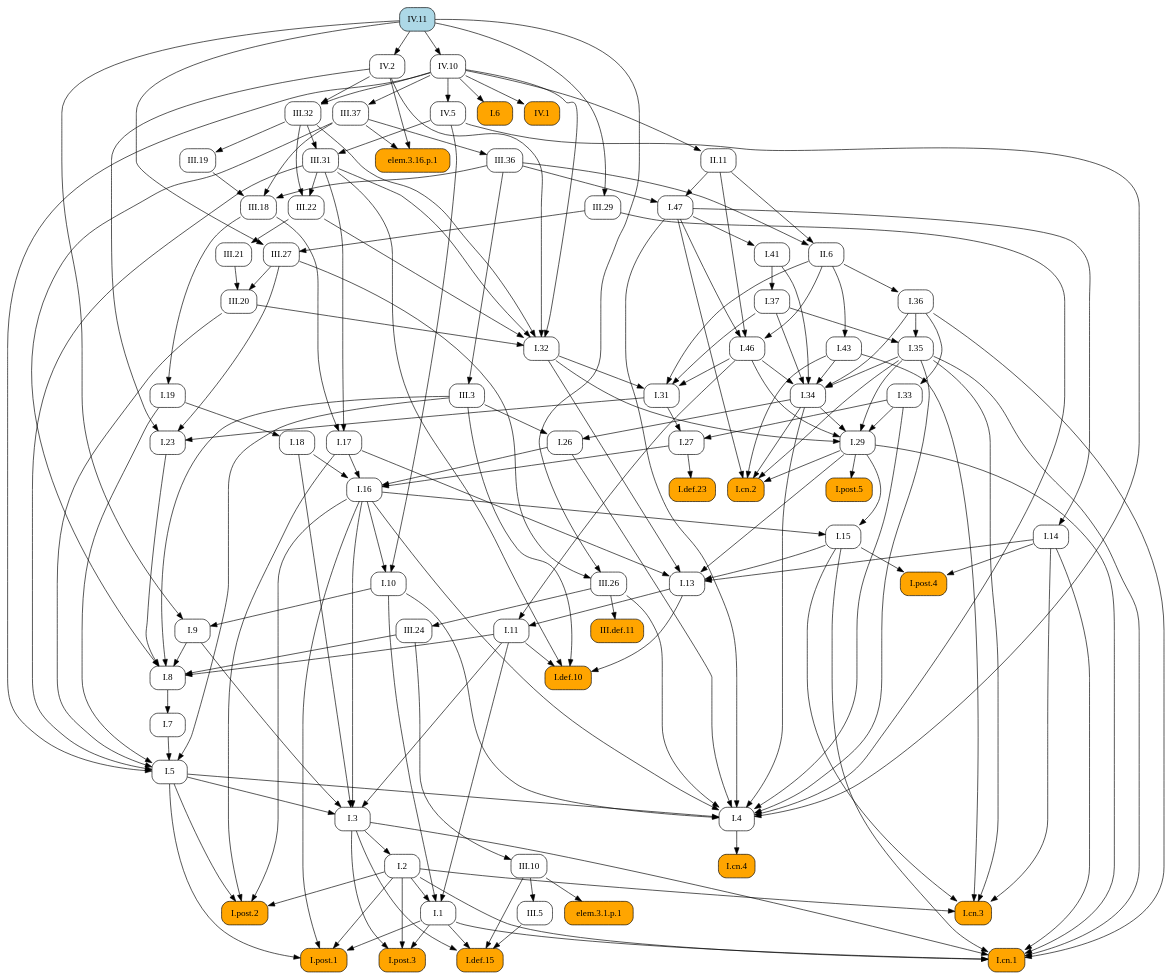
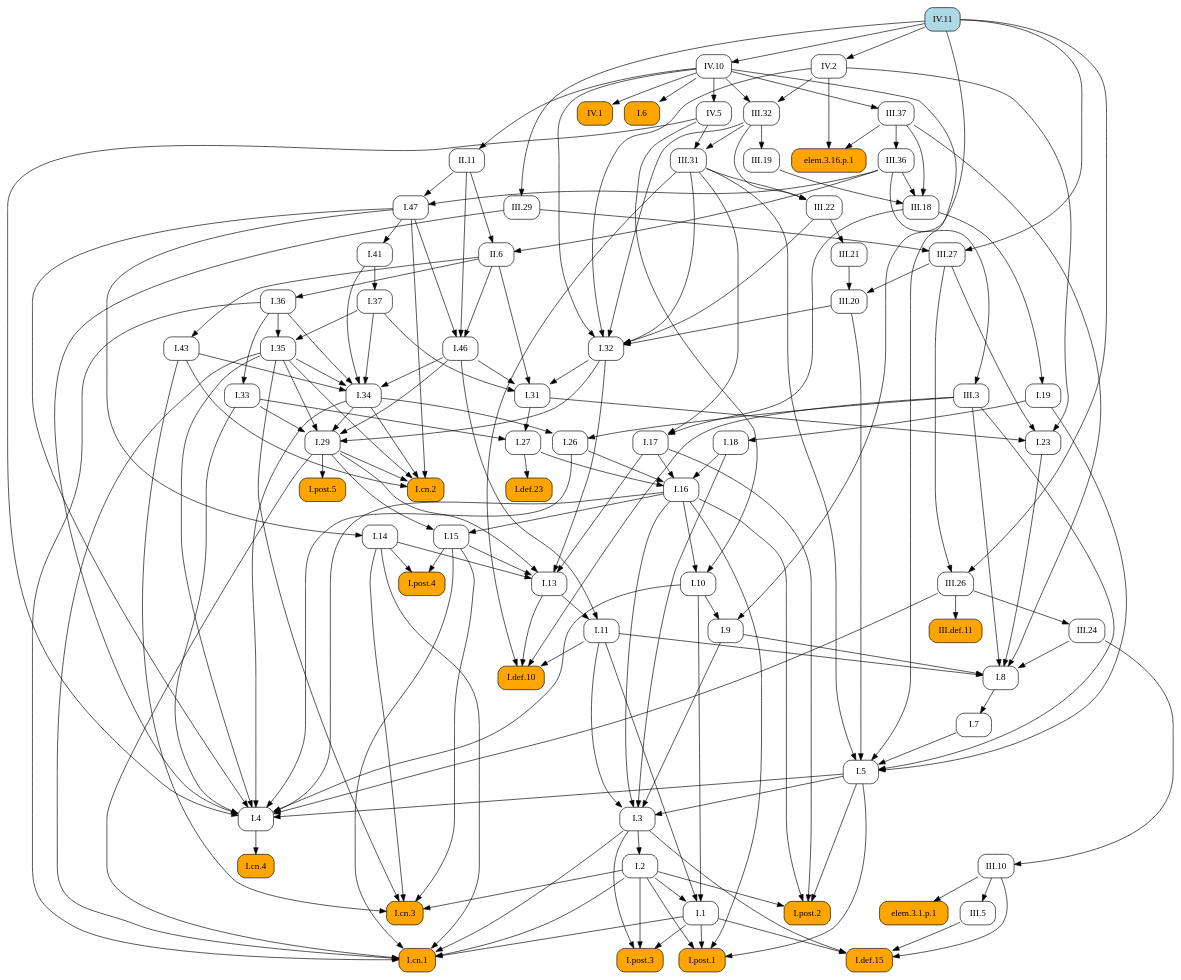
One commit to geometor/elements changed the diagram in docsrc/heath/IV/11/index.rst. Above: the diagram before and after it, drawn with Graphviz. The commit also changed other lines of this file and 1029 other files, not shown here.

```diff
--- a/docsrc/heath/IV/11/index.rst
+++ b/docsrc/heath/IV/11/index.rst
@@ -79,139 +79,206 @@
    digraph {
      rankdir="TB";
      node [shape=box, style=rounded];
+     "I.def.10" [style="rounded,filled", fillcolor=orange, URL="/heath/I/def.10/", target="_top"];
+     "I.11" [URL="/heath/I/11/", target="_top"];
+     "I.post.4" [style="rounded,filled", fillcolor=orange, URL="/heath/I/post.4/", target="_top"];
+     "I.1" [URL="/heath/I/1/", target="_top"];
+     "III.20" [URL="/heath/III/20/", target="_top"];
+     "III.31" [URL="/heath/III/31/", target="_top"];
+     "I.47" [URL="/heath/I/47/", target="_top"];
+     "III.def.11" [style="rounded,filled", fillcolor=orange, URL="/heath/III/def.11/", target="_top"];
+     "I.post.3" [style="rounded,filled", fillcolor=orange, URL="/heath/I/post.3/", target="_top"];
+     "I.cn.3" [style="rounded,filled", fillcolor=orange, URL="/heath/I/cn.3/", target="_top"];
+     "III.36" [URL="/heath/III/36/", target="_top"];
+     "I.14" [URL="/heath/I/14/", target="_top"];
+     "elem.3.16.p.1" [style="rounded,filled", fillcolor=orange];
+     "III.29" [URL="/heath/III/29/", target="_top"];
+     "I.41" [URL="/heath/I/41/", target="_top"];
+     "I.27" [URL="/heath/I/27/", target="_top"];
+     "I.36" [URL="/heath/I/36/", target="_top"];
+     "I.37" [URL="/heath/I/37/", target="_top"];
+     "I.34" [URL="/heath/I/34/", target="_top"];
+     "I.2" [URL="/heath/I/2/", target="_top"];
+     "I.def.23" [style="rounded,filled", fillcolor=orange, URL="/heath/I/def.23/", target="_top"];
+     "IV.1" [style="rounded,filled", fillcolor=orange, URL="/heath/IV/1/", target="_top"];
+     "I.17" [URL="/heath/I/17/", target="_top"];
+     "I.33" [URL="/heath/I/33/", target="_top"];
+     "I.post.2" [style="rounded,filled", fillcolor=orange, URL="/heath/I/post.2/", target="_top"];
+     "II.11" [URL="/heath/II/11/", target="_top"];
+     "I.9" [URL="/heath/I/9/", target="_top"];
+     "III.3" [URL="/heath/III/3/", target="_top"];
+     "I.32" [URL="/heath/I/32/", target="_top"];
+     "III.37" [URL="/heath/III/37/", target="_top"];
+     "I.cn.4" [style="rounded,filled", fillcolor=orange, URL="/heath/I/cn.4/", target="_top"];
+     "I.15" [URL="/heath/I/15/", target="_top"];
+     "III.22" [URL="/heath/III/22/", target="_top"];
+     "IV.11" [style="rounded,filled", fillcolor=lightblue, URL="/heath/IV/11/", target="_top"];
+     "I.5" [URL="/heath/I/5/", target="_top"];
+     "III.5" [URL="/heath/III/5/", target="_top"];
+     "I.26" [URL="/heath/I/26/", target="_top"];
+     "III.32" [URL="/heath/III/32/", target="_top"];
+     "III.26" [URL="/heath/III/26/", target="_top"];
+     "IV.2" [URL="/heath/IV/2/", target="_top"];
+     "I.29" [URL="/heath/I/29/", target="_top"];
+     "elem.3.1.p.1" [style="rounded,filled", fillcolor=orange];
+     "III.19" [URL="/heath/III/19/", target="_top"];
+     "I.cn.2" [style="rounded,filled", fillcolor=orange, URL="/heath/I/cn.2/", target="_top"];
+     "I.18" [URL="/heath/I/18/", target="_top"];
+     "I.def.15" [style="rounded,filled", fillcolor=orange, URL="/heath/I/def.15/", target="_top"];
+     "I.cn.1" [style="rounded,filled", fillcolor=orange, URL="/heath/I/cn.1/", target="_top"];
+     "I.23" [URL="/heath/I/23/", target="_top"];
+     "IV.10" [URL="/heath/IV/10/", target="_top"];
+     "I.43" [URL="/heath/I/43/", target="_top"];
+     "I.post.1" [style="rounded,filled", fillcolor=orange, URL="/heath/I/post.1/", target="_top"];
+     "III.24" [URL="/heath/III/24/", target="_top"];
+     "I.35" [URL="/heath/I/35/", target="_top"];
+     "I.46" [URL="/heath/I/46/", target="_top"];
+     "I.7" [URL="/heath/I/7/", target="_top"];
+     "I.6" [style="rounded,filled", fillcolor=orange, URL="/heath/I/6/", target="_top"];
+     "I.3" [URL="/heath/I/3/", target="_top"];
+     "I.4" [URL="/heath/I/4/", target="_top"];
+     "II.6" [URL="/heath/II/6/", target="_top"];
+     "I.13" [URL="/heath/I/13/", target="_top"];
+     "I.31" [URL="/heath/I/31/", target="_top"];
+     "I.16" [URL="/heath/I/16/", target="_top"];
+     "III.10" [URL="/heath/III/10/", target="_top"];
      "IV.5" [URL="/heath/IV/5/", target="_top"];
-     "III.22" [URL="/heath/III/22/", target="_top"];
-     "II.11" [URL="/heath/II/11/", target="_top"];
-     "I.7" [URL="/heath/I/7/", target="_top"];
-     "I.29" [URL="/heath/I/29/", target="_top"];
-     "I.27" [URL="/heath/I/27/", target="_top"];
-     "IV.10" [URL="/heath/IV/10/", target="_top"];
-     "I.def.23" [style="rounded,filled", fillcolor=orange, URL="/heath/I/def.23/", target="_top"];
-     "I.34" [URL="/heath/I/34/", target="_top"];
+     "I.19" [URL="/heath/I/19/", target="_top"];
+     "III.27" [URL="/heath/III/27/", target="_top"];
      "I.8" [URL="/heath/I/8/", target="_top"];
-     "I.9" [URL="/heath/I/9/", target="_top"];
-     "III.10" [URL="/heath/III/10/", target="_top"];
-     "III.20" [URL="/heath/III/20/", target="_top"];
-     "I.post.4" [style="rounded,filled", fillcolor=orange, URL="/heath/I/post.4/", target="_top"];
-     "I.2" [URL="/heath/I/2/", target="_top"];
-     "III.27" [URL="/heath/III/27/", target="_top"];
+     "III.21" [URL="/heath/III/21/", target="_top"];
+     "I.post.5" [style="rounded,filled", fillcolor=orange, URL="/heath/I/post.5/", target="_top"];
+     "I.10" [URL="/heath/I/10/", target="_top"];
      "III.18" [URL="/heath/III/18/", target="_top"];
-     "III.19" [URL="/heath/III/19/", target="_top"];
-     "I.cn.4" [style="rounded,filled", fillcolor=orange, URL="/heath/I/cn.4/", target="_top"];
-     "elem.3.16.p.1" [style="rounded,filled", fillcolor=orange];
-     "I.23" [URL="/heath/I/23/", target="_top"];
-     "I.13" [URL="/heath/I/13/", target="_top"];
-     "III.31" [URL="/heath/III/31/", target="_top"];
-     "I.5" [URL="/heath/I/5/", target="_top"];
-     "III.21" [URL="/heath/III/21/", target="_top"];
-     "I.11" [URL="/heath/I/11/", target="_top"];
-     "I.4" [URL="/heath/I/4/", target="_top"];
-     "I.def.10" [style="rounded,filled", fillcolor=orange, URL="/heath/I/def.10/", target="_top"];
-     "I.43" [URL="/heath/I/43/", target="_top"];
-     "I.46" [URL="/heath/I/46/", target="_top"];
-     "III.32" [URL="/heath/III/32/", target="_top"];
-     "III.24" [URL="/heath/III/24/", target="_top"];
-     "I.post.3" [style="rounded,filled", fillcolor=orange, URL="/heath/I/post.3/", target="_top"];
-     "I.36" [URL="/heath/I/36/", target="_top"];
-     "II.6" [URL="/heath/II/6/", target="_top"];
-     "I.15" [URL="/heath/I/15/", target="_top"];
-     "I.17" [URL="/heath/I/17/", target="_top"];
-     "I.32" [URL="/heath/I/32/", target="_top"];
-     "I.18" [URL="/heath/I/18/", target="_top"];
-     "I.41" [URL="/heath/I/41/", target="_top"];
-     "I.cn.3" [style="rounded,filled", fillcolor=orange, URL="/heath/I/cn.3/", target="_top"];
-     "III.def.11" [style="rounded,filled", fillcolor=orange, URL="/heath/III/def.11/", target="_top"];
-     "III.3" [URL="/heath/III/3/", target="_top"];
-     "I.def.15" [style="rounded,filled", fillcolor=orange, URL="/heath/I/def.15/", target="_top"];
-     "I.1" [URL="/heath/I/1/", target="_top"];
-     "III.36" [URL="/heath/III/36/", target="_top"];
-     "I.post.1" [style="rounded,filled", fillcolor=orange, URL="/heath/I/post.1/", target="_top"];
-     "I.26" [URL="/heath/I/26/", target="_top"];
-     "I.33" [URL="/heath/I/33/", target="_top"];
-     "elem.3.1.p.1" [style="rounded,filled", fillcolor=orange];
-     "III.37" [URL="/heath/III/37/", target="_top"];
-     "I.19" [URL="/heath/I/19/", target="_top"];
-     "I.6" [style="rounded,filled", fillcolor=orange, URL="/heath/I/6/", target="_top"];
-     "III.5" [URL="/heath/III/5/", target="_top"];
-     "I.cn.2" [style="rounded,filled", fillcolor=orange, URL="/heath/I/cn.2/", target="_top"];
-     "I.10" [URL="/heath/I/10/", target="_top"];
-     "IV.11" [style="rounded,filled", fillcolor=lightblue, URL="/heath/IV/11/", target="_top"];
-     "I.3" [URL="/heath/I/3/", target="_top"];
-     "I.16" [URL="/heath/I/16/", target="_top"];
-     "III.26" [URL="/heath/III/26/", target="_top"];
-     "I.31" [URL="/heath/I/31/", target="_top"];
-     "III.29" [URL="/heath/III/29/", target="_top"];
-     "IV.2" [URL="/heath/IV/2/", target="_top"];
-     "I.post.2" [style="rounded,filled", fillcolor=orange, URL="/heath/I/post.2/", target="_top"];
-     "IV.1" [style="rounded,filled", fillcolor=orange, URL="/heath/IV/1/", target="_top"];
-     "I.post.5" [style="rounded,filled", fillcolor=orange, URL="/heath/I/post.5/", target="_top"];
-     "I.14" [URL="/heath/I/14/", target="_top"];
-     "I.35" [URL="/heath/I/35/", target="_top"];
-     "I.47" [URL="/heath/I/47/", target="_top"];
-     "I.cn.1" [style="rounded,filled", fillcolor=orange, URL="/heath/I/cn.1/", target="_top"];
-     "I.37" [URL="/heath/I/37/", target="_top"];
-     "IV.10" -> "IV.5";
-     "III.31" -> "III.22";
-     "III.32" -> "III.22";
-     "IV.10" -> "II.11";
-     "I.8" -> "I.7";
-     "I.32" -> "I.29";
-     "I.33" -> "I.29";
-     "I.34" -> "I.29";
-     "I.35" -> "I.29";
-     "I.46" -> "I.29";
+     "I.11" -> "I.def.10";
+     "I.13" -> "I.def.10";
+     "III.3" -> "I.def.10";
+     "III.31" -> "I.def.10";
+     "I.13" -> "I.11";
+     "I.46" -> "I.11";
+     "I.14" -> "I.post.4";
+     "I.15" -> "I.post.4";
+     "I.2" -> "I.1";
+     "I.10" -> "I.1";
+     "I.11" -> "I.1";
+     "III.21" -> "III.20";
+     "III.27" -> "III.20";
+     "III.32" -> "III.31";
+     "IV.5" -> "III.31";
+     "II.11" -> "I.47";
+     "III.36" -> "I.47";
+     "III.26" -> "III.def.11";
+     "I.1" -> "I.post.3";
+     "I.2" -> "I.post.3";
+     "I.3" -> "I.post.3";
+     "I.2" -> "I.cn.3";
+     "I.14" -> "I.cn.3";
+     "I.15" -> "I.cn.3";
+     "I.35" -> "I.cn.3";
+     "I.43" -> "I.cn.3";
+     "III.37" -> "III.36";
+     "I.47" -> "I.14";
+     "III.37" -> "elem.3.16.p.1";
+     "IV.2" -> "elem.3.16.p.1";
+     "IV.11" -> "III.29";
+     "I.47" -> "I.41";
      "I.31" -> "I.27";
      "I.33" -> "I.27";
-     "IV.11" -> "IV.10";
-     "I.27" -> "I.def.23";
+     "II.6" -> "I.36";
+     "I.41" -> "I.37";
      "I.35" -> "I.34";
      "I.36" -> "I.34";
      "I.37" -> "I.34";
      "I.41" -> "I.34";
      "I.43" -> "I.34";
      "I.46" -> "I.34";
-     "I.9" -> "I.8";
-     "I.11" -> "I.8";
-     "I.23" -> "I.8";
-     "III.3" -> "I.8";
-     "III.24" -> "I.8";
-     "III.37" -> "I.8";
+     "I.3" -> "I.2";
+     "I.27" -> "I.def.23";
+     "IV.10" -> "IV.1";
+     "III.18" -> "I.17";
+     "III.31" -> "I.17";
+     "I.36" -> "I.33";
+     "I.2" -> "I.post.2";
+     "I.5" -> "I.post.2";
+     "I.16" -> "I.post.2";
+     "I.17" -> "I.post.2";
+     "IV.10" -> "II.11";
      "I.10" -> "I.9";
      "IV.11" -> "I.9";
-     "III.24" -> "III.10";
-     "III.21" -> "III.20";
-     "III.27" -> "III.20";
-     "I.14" -> "I.post.4";
-     "I.15" -> "I.post.4";
-     "I.3" -> "I.2";
-     "III.29" -> "III.27";
-     "IV.11" -> "III.27";
-     "III.19" -> "III.18";
-     "III.36" -> "III.18";
-     "III.37" -> "III.18";
-     "III.32" -> "III.19";
+     "III.36" -> "III.3";
+     "III.20" -> "I.32";
+     "III.22" -> "I.32";
+     "III.31" -> "I.32";
+     "III.32" -> "I.32";
+     "IV.2" -> "I.32";
+     "IV.10" -> "I.32";
+     "IV.10" -> "III.37";
      "I.4" -> "I.cn.4";
-     "III.37" -> "elem.3.16.p.1";
-     "IV.2" -> "elem.3.16.p.1";
-     "I.31" -> "I.23";
-     "III.27" -> "I.23";
-     "IV.2" -> "I.23";
-     "I.14" -> "I.13";
-     "I.15" -> "I.13";
-     "I.17" -> "I.13";
-     "I.29" -> "I.13";
-     "I.32" -> "I.13";
-     "III.32" -> "III.31";
-     "IV.5" -> "III.31";
+     "I.16" -> "I.15";
+     "I.29" -> "I.15";
+     "III.31" -> "III.22";
+     "III.32" -> "III.22";
      "I.7" -> "I.5";
      "I.19" -> "I.5";
      "III.3" -> "I.5";
      "III.20" -> "I.5";
      "III.31" -> "I.5";
      "IV.10" -> "I.5";
-     "III.22" -> "III.21";
-     "I.13" -> "I.11";
-     "I.46" -> "I.11";
+     "III.10" -> "III.5";
+     "I.34" -> "I.26";
+     "III.3" -> "I.26";
+     "IV.2" -> "III.32";
+     "IV.10" -> "III.32";
+     "III.27" -> "III.26";
+     "IV.11" -> "III.26";
+     "IV.11" -> "IV.2";
+     "I.32" -> "I.29";
+     "I.33" -> "I.29";
+     "I.34" -> "I.29";
+     "I.35" -> "I.29";
+     "I.46" -> "I.29";
+     "III.10" -> "elem.3.1.p.1";
+     "III.32" -> "III.19";
+     "I.29" -> "I.cn.2";
+     "I.34" -> "I.cn.2";
+     "I.35" -> "I.cn.2";
+     "I.43" -> "I.cn.2";
+     "I.47" -> "I.cn.2";
+     "I.19" -> "I.18";
+     "I.1" -> "I.def.15";
+     "I.3" -> "I.def.15";
+     "III.5" -> "I.def.15";
+     "III.10" -> "I.def.15";
+     "I.1" -> "I.cn.1";
+     "I.2" -> "I.cn.1";
+     "I.3" -> "I.cn.1";
+     "I.14" -> "I.cn.1";
+     "I.15" -> "I.cn.1";
+     "I.29" -> "I.cn.1";
+     "I.35" -> "I.cn.1";
+     "I.36" -> "I.cn.1";
+     "I.31" -> "I.23";
+     "III.27" -> "I.23";
+     "IV.2" -> "I.23";
+     "IV.11" -> "IV.10";
+     "II.6" -> "I.43";
+     "I.1" -> "I.post.1";
+     "I.2" -> "I.post.1";
+     "I.5" -> "I.post.1";
+     "I.16" -> "I.post.1";
+     "III.26" -> "III.24";
+     "I.36" -> "I.35";
+     "I.37" -> "I.35";
+     "I.47" -> "I.46";
+     "II.6" -> "I.46";
+     "II.11" -> "I.46";
+     "I.8" -> "I.7";
+     "IV.10" -> "I.6";
+     "I.5" -> "I.3";
+     "I.9" -> "I.3";
+     "I.11" -> "I.3";
+     "I.16" -> "I.3";
+     "I.18" -> "I.3";
      "I.5" -> "I.4";
      "I.10" -> "I.4";
      "I.16" -> "I.4";
@@ -223,104 +290,37 @@
      "III.26" -> "I.4";
      "III.29" -> "I.4";
      "IV.5" -> "I.4";
-     "I.11" -> "I.def.10";
-     "I.13" -> "I.def.10";
-     "III.3" -> "I.def.10";
-     "III.31" -> "I.def.10";
-     "II.6" -> "I.43";
-     "I.47" -> "I.46";
-     "II.6" -> "I.46";
-     "II.11" -> "I.46";
-     "IV.2" -> "III.32";
-     "IV.10" -> "III.32";
-     "III.26" -> "III.24";
-     "I.1" -> "I.post.3";
-     "I.2" -> "I.post.3";
-     "I.3" -> "I.post.3";
-     "II.6" -> "I.36";
      "II.11" -> "II.6";
      "III.36" -> "II.6";
-     "I.16" -> "I.15";
-     "I.29" -> "I.15";
-     "III.18" -> "I.17";
-     "III.31" -> "I.17";
-     "III.20" -> "I.32";
-     "III.22" -> "I.32";
-     "III.31" -> "I.32";
-     "III.32" -> "I.32";
-     "IV.2" -> "I.32";
-     "IV.10" -> "I.32";
-     "I.19" -> "I.18";
-     "I.47" -> "I.41";
-     "I.2" -> "I.cn.3";
-     "I.14" -> "I.cn.3";
-     "I.15" -> "I.cn.3";
-     "I.35" -> "I.cn.3";
-     "I.43" -> "I.cn.3";
-     "III.26" -> "III.def.11";
-     "III.36" -> "III.3";
-     "I.1" -> "I.def.15";
-     "I.3" -> "I.def.15";
-     "III.5" -> "I.def.15";
-     "III.10" -> "I.def.15";
-     "I.2" -> "I.1";
-     "I.10" -> "I.1";
-     "I.11" -> "I.1";
-     "III.37" -> "III.36";
-     "I.1" -> "I.post.1";
-     "I.2" -> "I.post.1";
-     "I.5" -> "I.post.1";
-     "I.16" -> "I.post.1";
-     "I.34" -> "I.26";
-     "III.3" -> "I.26";
-     "I.36" -> "I.33";
-     "III.10" -> "elem.3.1.p.1";
-     "IV.10" -> "III.37";
-     "III.18" -> "I.19";
-     "IV.10" -> "I.6";
-     "III.10" -> "III.5";
-     "I.29" -> "I.cn.2";
-     "I.34" -> "I.cn.2";
-     "I.35" -> "I.cn.2";
-     "I.43" -> "I.cn.2";
-     "I.47" -> "I.cn.2";
-     "I.16" -> "I.10";
-     "IV.5" -> "I.10";
-     "I.5" -> "I.3";
-     "I.9" -> "I.3";
-     "I.11" -> "I.3";
-     "I.16" -> "I.3";
-     "I.18" -> "I.3";
+     "I.14" -> "I.13";
+     "I.15" -> "I.13";
+     "I.17" -> "I.13";
+     "I.29" -> "I.13";
+     "I.32" -> "I.13";
+     "I.32" -> "I.31";
+     "I.37" -> "I.31";
+     "I.46" -> "I.31";
+     "II.6" -> "I.31";
      "I.17" -> "I.16";
      "I.18" -> "I.16";
      "I.26" -> "I.16";
      "I.27" -> "I.16";
-     "III.27" -> "III.26";
-     "IV.11" -> "III.26";
-     "I.32" -> "I.31";
-     "I.37" -> "I.31";
-     "I.46" -> "I.31";
-     "II.6" -> "I.31";
-     "IV.11" -> "III.29";
-     "IV.11" -> "IV.2";
-     "I.2" -> "I.post.2";
-     "I.5" -> "I.post.2";
-     "I.16" -> "I.post.2";
-     "I.17" -> "I.post.2";
-     "IV.10" -> "IV.1";
+     "III.24" -> "III.10";
+     "IV.10" -> "IV.5";
+     "III.18" -> "I.19";
+     "III.29" -> "III.27";
+     "IV.11" -> "III.27";
+     "I.9" -> "I.8";
+     "I.11" -> "I.8";
+     "I.23" -> "I.8";
+     "III.3" -> "I.8";
+     "III.24" -> "I.8";
+     "III.37" -> "I.8";
+     "III.22" -> "III.21";
      "I.29" -> "I.post.5";
-     "I.47" -> "I.14";
-     "I.36" -> "I.35";
-     "I.37" -> "I.35";
-     "II.11" -> "I.47";
-     "III.36" -> "I.47";
-     "I.1" -> "I.cn.1";
-     "I.2" -> "I.cn.1";
-     "I.3" -> "I.cn.1";
-     "I.14" -> "I.cn.1";
-     "I.15" -> "I.cn.1";
-     "I.29" -> "I.cn.1";
-     "I.35" -> "I.cn.1";
-     "I.36" -> "I.cn.1";
-     "I.41" -> "I.37";
+     "I.16" -> "I.10";
+     "IV.5" -> "I.10";
+     "III.19" -> "III.18";
+     "III.36" -> "III.18";
+     "III.37" -> "III.18";
    }
```
